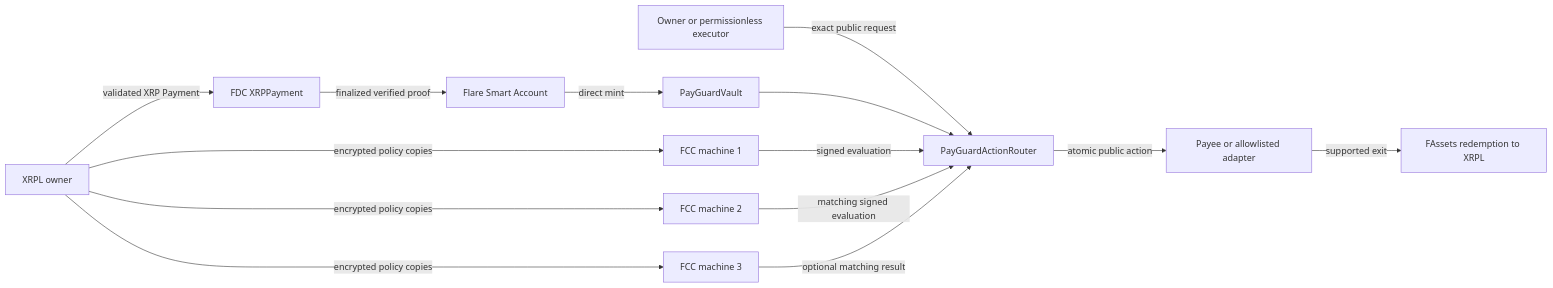
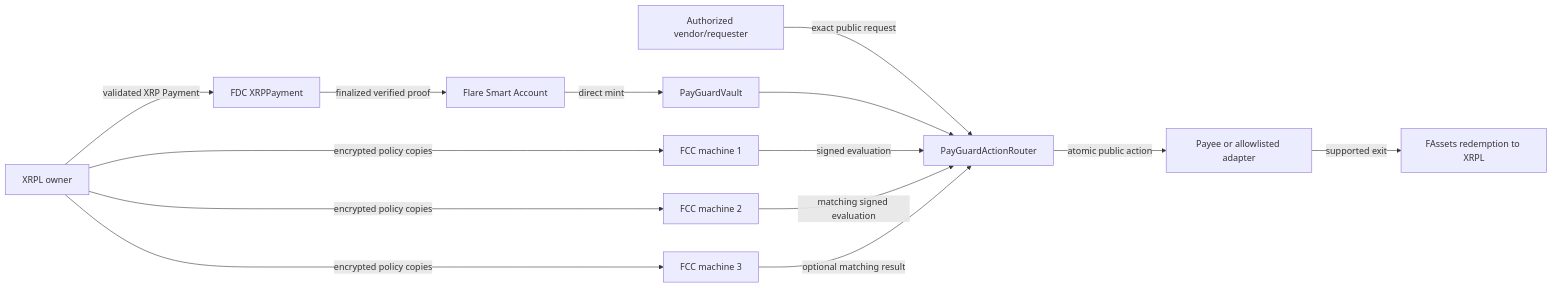
The diagram in README.md (minhleeee123/xrp-payguard), drawn with Mermaid before and after one commit. The commit also changed other lines of this file, not shown here.

````diff
--- a/README.md
+++ b/README.md
@@ -181,16 +201,16 @@
 ```mermaid
 flowchart LR
     U[XRPL owner] -->|validated XRP Payment| FDC[FDC XRPPayment]
     FDC -->|finalized verified proof| SA[Flare Smart Account]
     SA -->|direct mint| V[PayGuardVault]
     U -->|encrypted policy copies| M1[FCC machine 1]
     U -->|encrypted policy copies| M2[FCC machine 2]
     U -->|encrypted policy copies| M3[FCC machine 3]
-    X[Owner or permissionless executor] -->|exact public request| R[PayGuardActionRouter]
+    X[Authorized vendor/requester] -->|exact public request| R[PayGuardActionRouter]
     V --> R
     M1 -->|signed evaluation| R
     M2 -->|matching signed evaluation| R
     M3 -->|optional matching result| R
     R -->|atomic public action| A[Payee or allowlisted adapter]
     A -->|supported exit| FX[FAssets redemption to XRPL]
 ```
````
